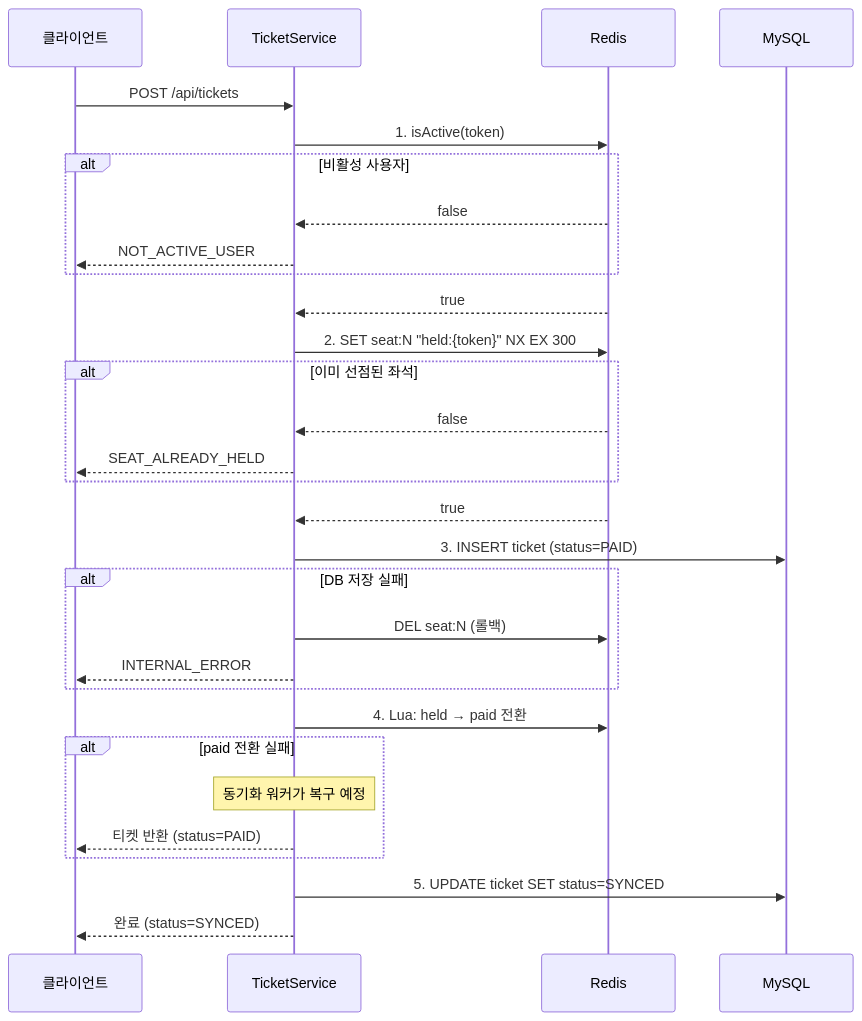
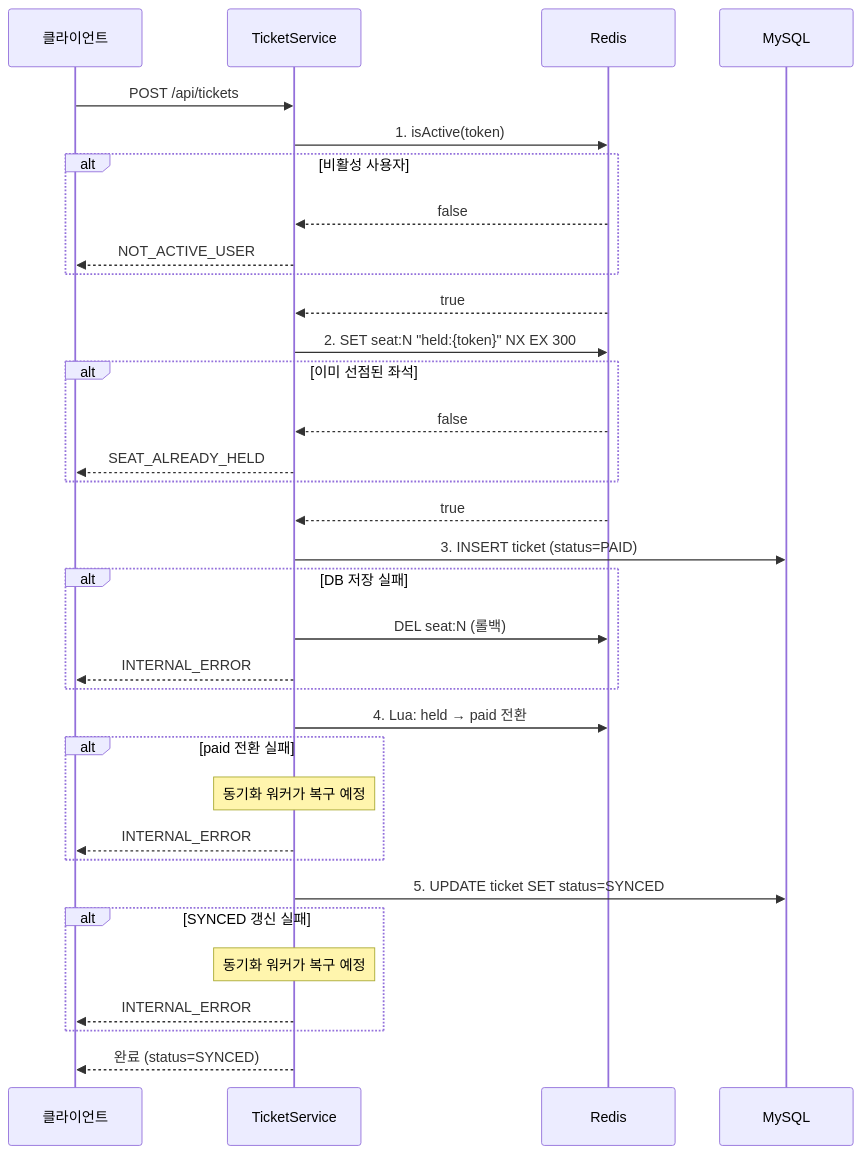
One commit to irnd04/zticket changed the sixth of 7 diagrams in README.md. Above: the diagram before and after it, drawn with Mermaid. The commit also changed other lines of this file, not shown here.

Commit message:
docs: 구매 플로우 4·5단계 실패 분기 추가, 동기화 워커 Source of Truth 설명

````diff
--- a/README.md
+++ b/README.md
@@ -173,38 +173,42 @@
 ```mermaid
 sequenceDiagram
     participant C as 클라이언트
     participant T as TicketService
     participant R as Redis
     participant DB as MySQL
 
     C->>T: POST /api/tickets
 
     T->>R: 1. isActive(token)
     alt 비활성 사용자
         R-->>T: false
         T-->>C: NOT_ACTIVE_USER
     end
     R-->>T: true
 
     T->>R: 2. SET seat:N "held:{token}" NX EX 300
     alt 이미 선점된 좌석
         R-->>T: false
         T-->>C: SEAT_ALREADY_HELD
     end
     R-->>T: true
 
     T->>DB: 3. INSERT ticket (status=PAID)
     alt DB 저장 실패
         T->>R: DEL seat:N (롤백)
         T-->>C: INTERNAL_ERROR
     end
 
     T->>R: 4. Lua: held → paid 전환
     alt paid 전환 실패
         Note over T: 동기화 워커가 복구 예정
-        T-->>C: 티켓 반환 (status=PAID)
+        T-->>C: INTERNAL_ERROR
     end
 
     T->>DB: 5. UPDATE ticket SET status=SYNCED
+    alt SYNCED 갱신 실패
+        Note over T: 동기화 워커가 복구 예정
+        T-->>C: INTERNAL_ERROR
+    end
     T-->>C: 완료 (status=SYNCED)
 ```
````
